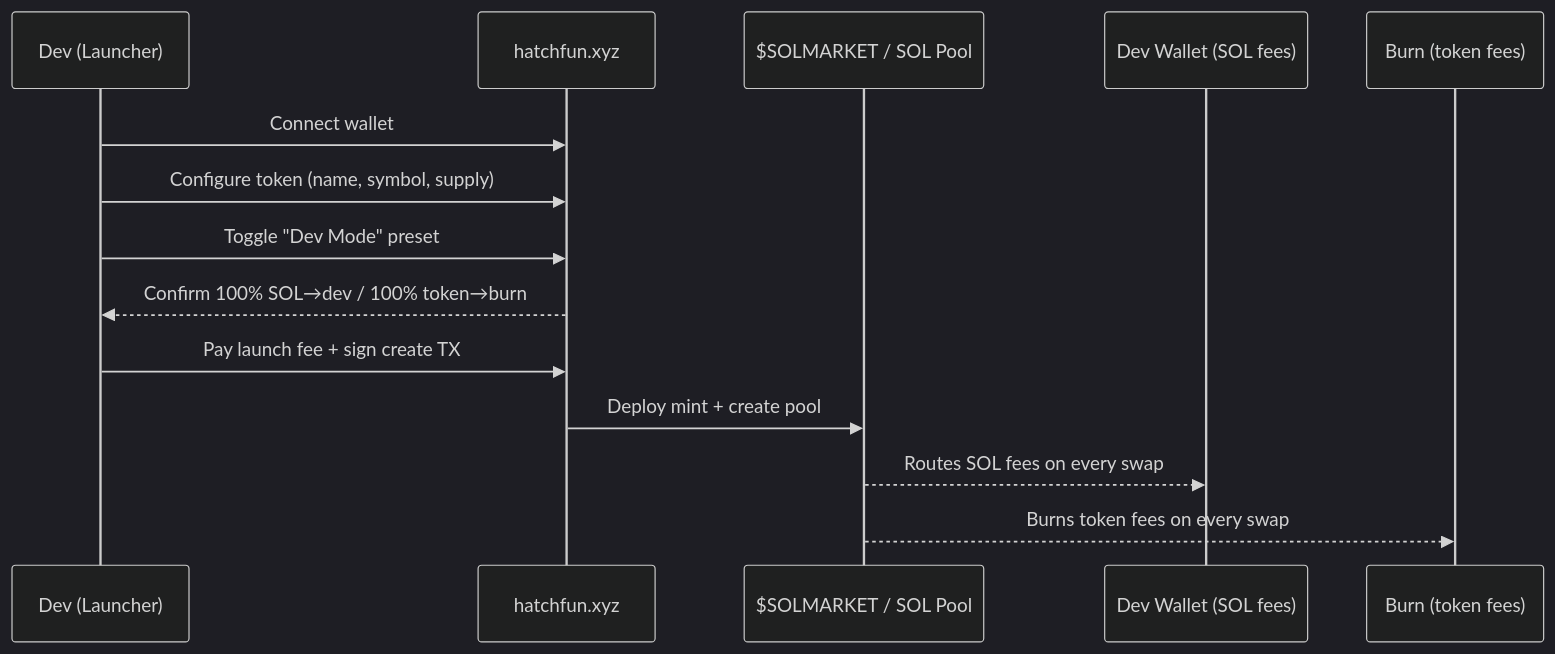
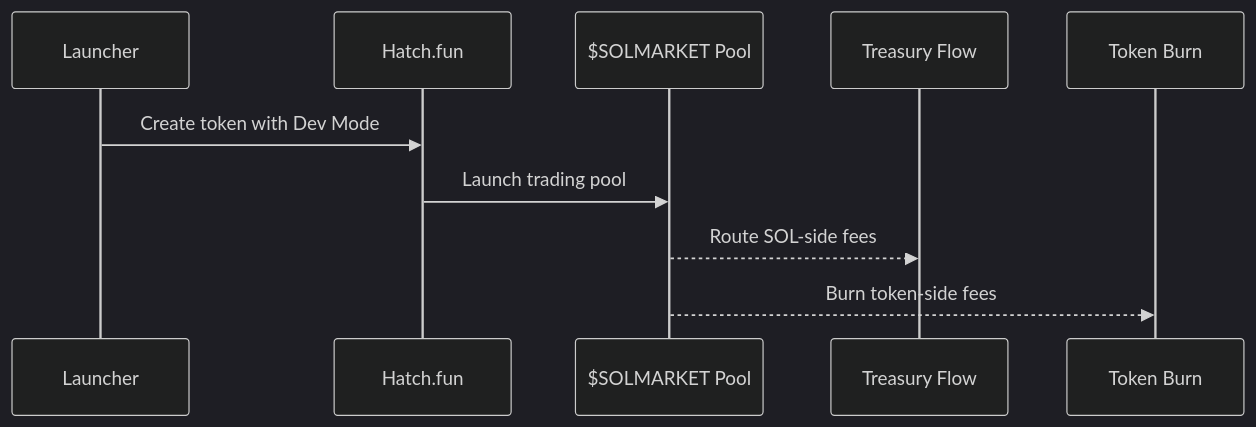
The diagram in protocol/hatch-launch.mdx (SolMarketHub/docs), drawn with Mermaid (dark theme) before and after one commit. The commit also changed other lines of this file and 18 other files, not shown here.

````diff
--- a/protocol/hatch-launch.mdx
+++ b/protocol/hatch-launch.mdx
@@ -28,17 +28,13 @@
 ```mermaid
 sequenceDiagram
-    participant Launcher as Dev (Launcher)
-    participant Hatch as hatchfun.xyz
-    participant Pool as $SOLMARKET / SOL Pool
-    participant DevW as Dev Wallet (SOL fees)
-    participant Burn as Burn (token fees)
+    participant Launcher as Launcher
+    participant Hatch as Hatch.fun
+    participant Pool as $SOLMARKET Pool
+    participant Treasury as Treasury Flow
+    participant Burn as Token Burn
 
-    Launcher->>Hatch: Connect wallet
-    Launcher->>Hatch: Configure token (name, symbol, supply)
-    Launcher->>Hatch: Toggle "Dev Mode" preset
-    Hatch-->>Launcher: Confirm 100% SOL→dev / 100% token→burn
-    Launcher->>Hatch: Pay launch fee + sign create TX
-    Hatch->>Pool: Deploy mint + create pool
-    Pool-->>DevW: Routes SOL fees on every swap
-    Pool-->>Burn: Burns token fees on every swap
+    Launcher->>Hatch: Create token with Dev Mode
+    Hatch->>Pool: Launch trading pool
+    Pool-->>Treasury: Route SOL-side fees
+    Pool-->>Burn: Burn token-side fees
 ```
````
